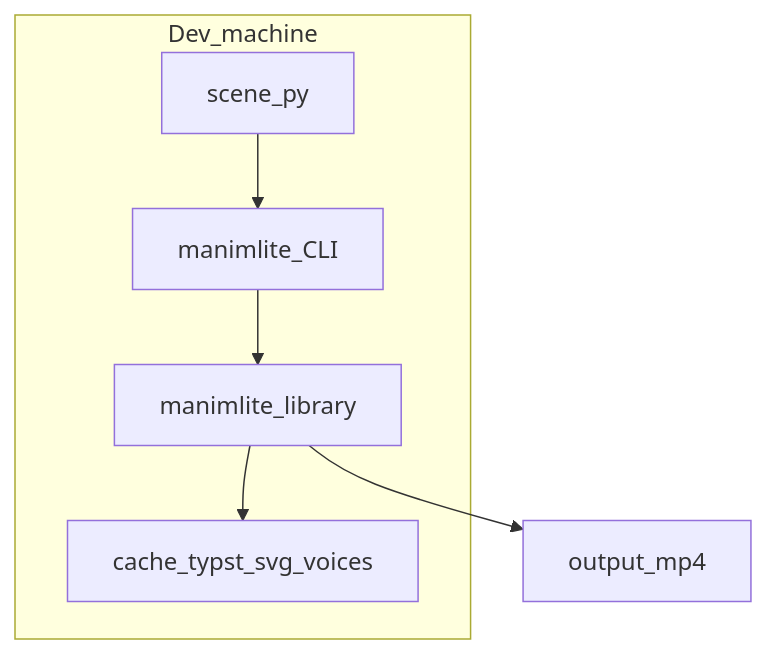
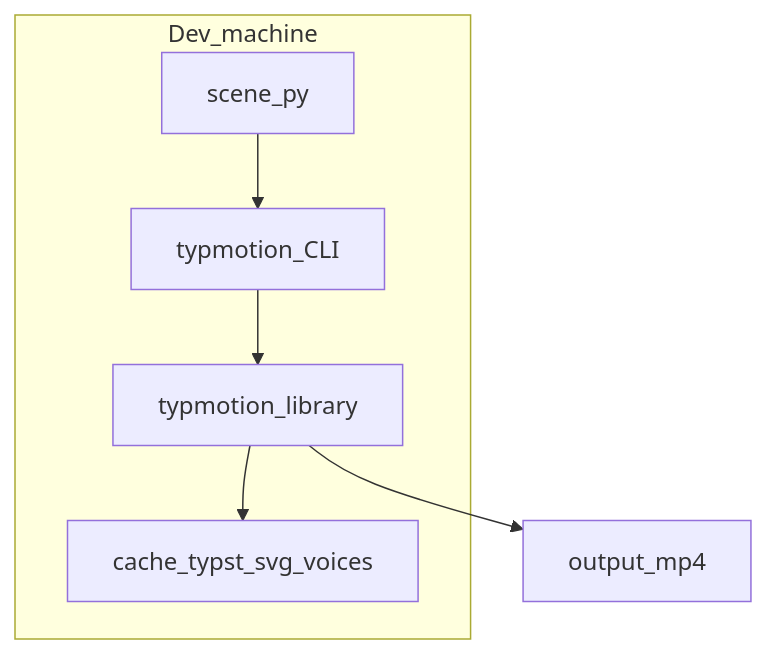
The first of 2 diagrams in docs/design/architecture.md (nabin2004/ManimLite), drawn with Mermaid before and after one commit. The commit also changed other lines of this file and 121 other files, not shown here.

````diff
--- a/docs/design/architecture.md
+++ b/docs/design/architecture.md
@@ -9,14 +9,14 @@
 ```mermaid
 flowchart TB
     subgraph devMachine [Dev_machine]
         ScenePy["scene_py"]
-        CLI["manimlite_CLI"]
-        Lib["manimlite_library"]
+        CLI["typmotion_CLI"]
+        Lib["typmotion_library"]
         Cache["cache_typst_svg_voices"]
         ScenePy --> CLI
         CLI --> Lib
         Lib --> Cache
     end
     MP4["output_mp4"]
     Lib --> MP4
 ```
````
